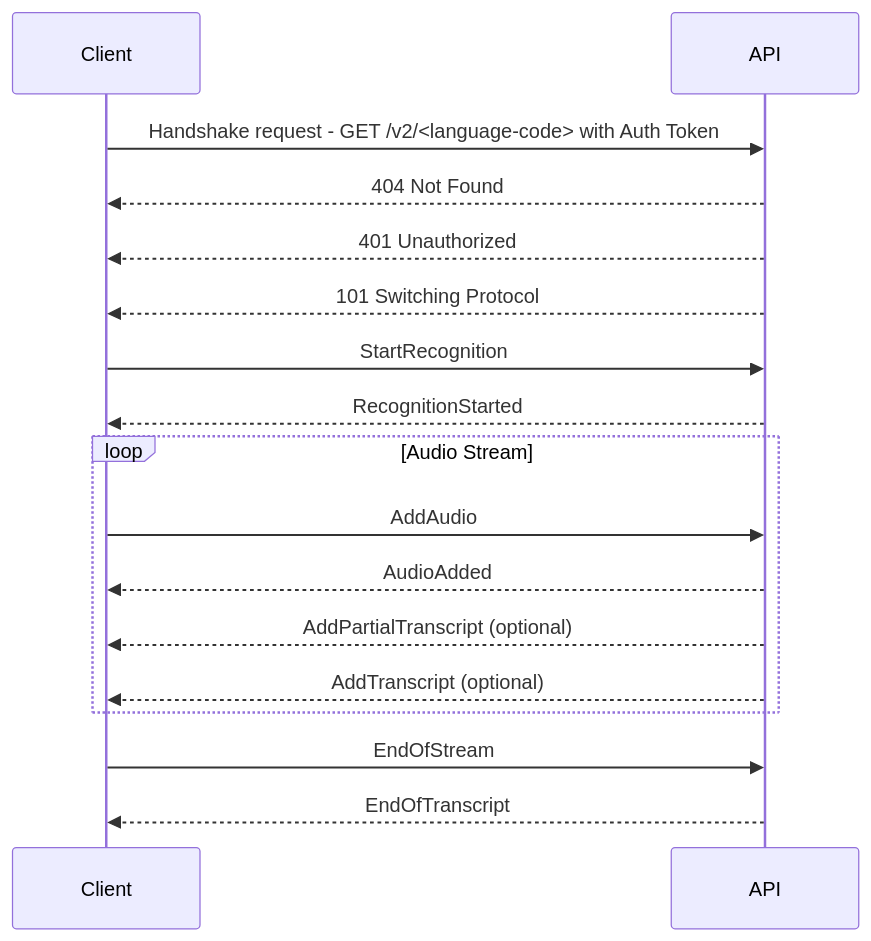
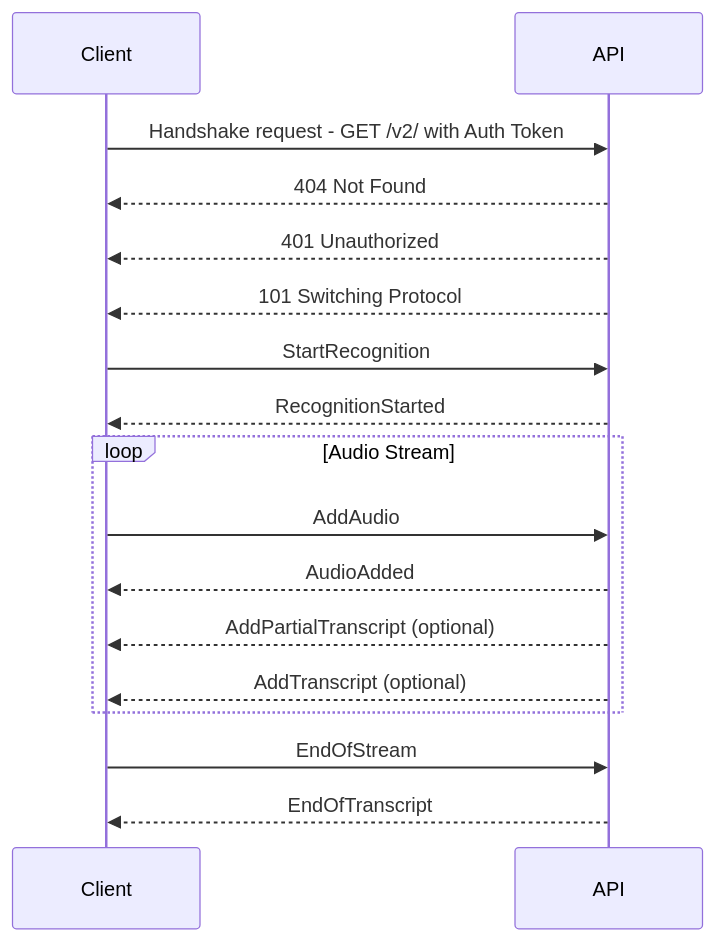
One commit to speechmatics/docs changed the diagram in docs/api-ref/realtime-transcription-websocket.mdx. Above: the diagram before and after it, drawn with Mermaid. The commit also changed other lines of this file, not shown here.

Commit message:
Remove language code from RT wss URL

````diff
--- a/docs/api-ref/realtime-transcription-websocket.mdx
+++ b/docs/api-ref/realtime-transcription-websocket.mdx
@@ -29,19 +29,19 @@
 ```mermaid
 sequenceDiagram
   participant Client
   participant API
-  Client->>API: Handshake request - GET /v2/<language-code> with Auth Token
+  Client->>API: Handshake request - GET /v2/ with Auth Token
   API-->>Client: 404 Not Found
   API-->>Client: 401 Unauthorized
   API-->>Client: 101 Switching Protocol
   Client->>API: StartRecognition
   API-->>Client: RecognitionStarted
   loop Audio Stream
     Client->>API: AddAudio
     API-->>Client: AudioAdded
     API-->>Client: AddPartialTranscript (optional)
     API-->>Client: AddTranscript (optional)
   end
   Client->>API: EndOfStream
   API-->>Client: EndOfTranscript
 ```
````
